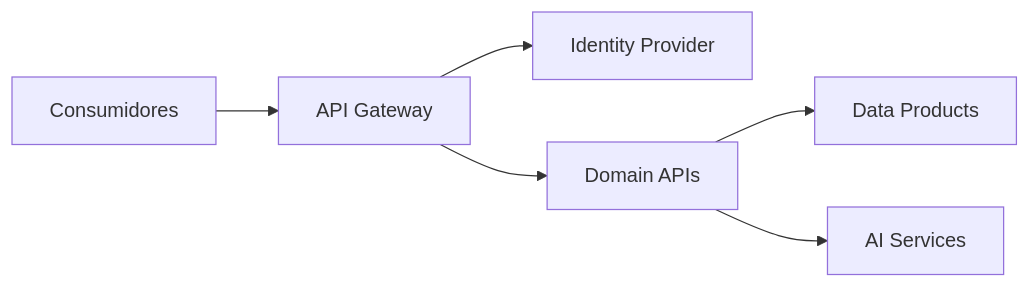
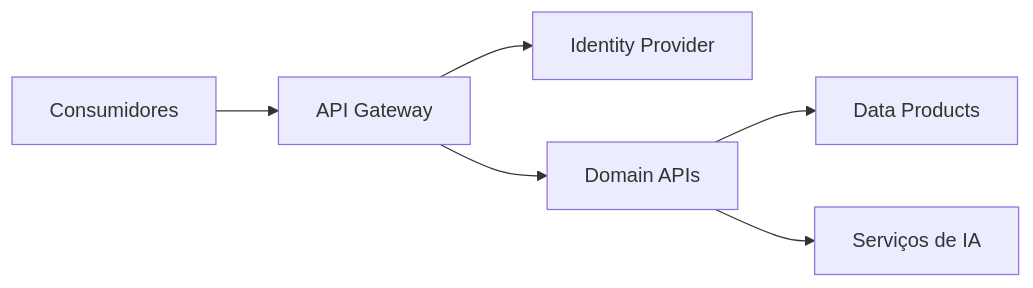
One commit to rogereufrasio/adtech-omnichannel-platform changed the diagram in programs/02-enterprise-data-ai-platform/application-architecture/api-strategy.md. Above: the diagram before and after it, drawn with Mermaid. The commit also changed other lines of this file and 260 other files, not shown here.

Commit message:
release: finalize Enterprise Architecture Practice v1.0.0

````diff
--- a/programs/02-enterprise-data-ai-platform/application-architecture/api-strategy.md
+++ b/programs/02-enterprise-data-ai-platform/application-architecture/api-strategy.md
@@ -60,9 +60,9 @@
 ```mermaid
 flowchart LR
 
 CLIENT["Consumidores"] --> GW["API Gateway"]
 GW --> AUTH["Identity Provider"]
 GW --> DOMAIN["Domain APIs"]
 DOMAIN --> DATA["Data Products"]
-DOMAIN --> AI["AI Services"]
+DOMAIN --> AI["Serviços de IA"]
 ```
````
